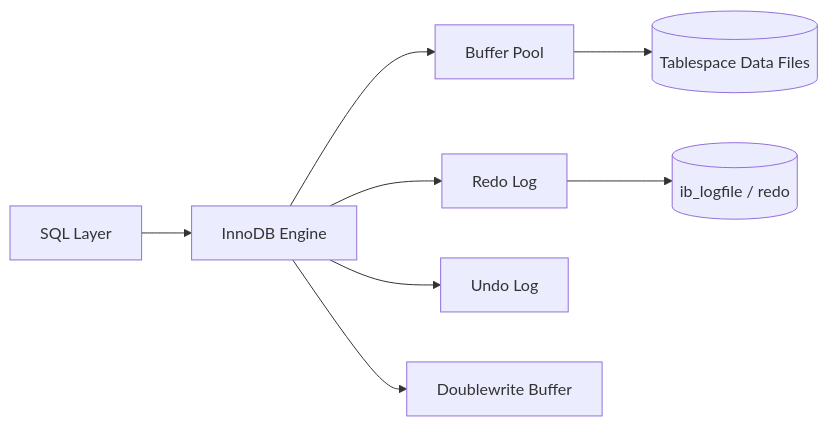
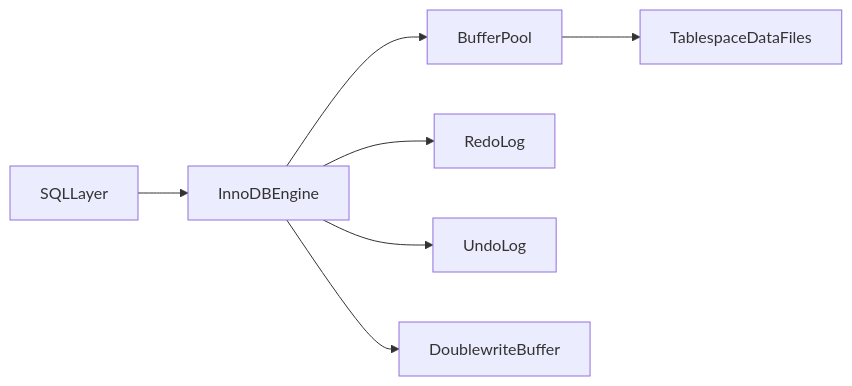
One commit to GabrielAlmeidaFlores/Senior-Software-Architect changed the first of 2 diagrams in database/database-masterclass/02-relational-engines/02-mysql-innodb-architecture.md. Above: the diagram before and after it, drawn with Mermaid. The commit also changed other lines of this file and 19 other files, not shown here.

````diff
--- a/database/database-masterclass/02-relational-engines/02-mysql-innodb-architecture.md
+++ b/database/database-masterclass/02-relational-engines/02-mysql-innodb-architecture.md
@@ -16,10 +20,9 @@
 ```mermaid
 flowchart LR
-    Q[SQL Layer] --> I[InnoDB Engine]
-    I --> BP[Buffer Pool]
-    I --> RL[Redo Log]
-    I --> UL[Undo Log]
-    I --> DBW[Doublewrite Buffer]
-    BP --> DF[(Tablespace Data Files)]
-    RL --> LOG[(ib_logfile / redo)]
+    sqlLayer[SQLLayer] --> innodb[InnoDBEngine]
+    innodb --> bufferPool[BufferPool]
+    innodb --> redoLog[RedoLog]
+    innodb --> undoLog[UndoLog]
+    innodb --> doublewrite[DoublewriteBuffer]
+    bufferPool --> tablespace[TablespaceDataFiles]
 ```
````
